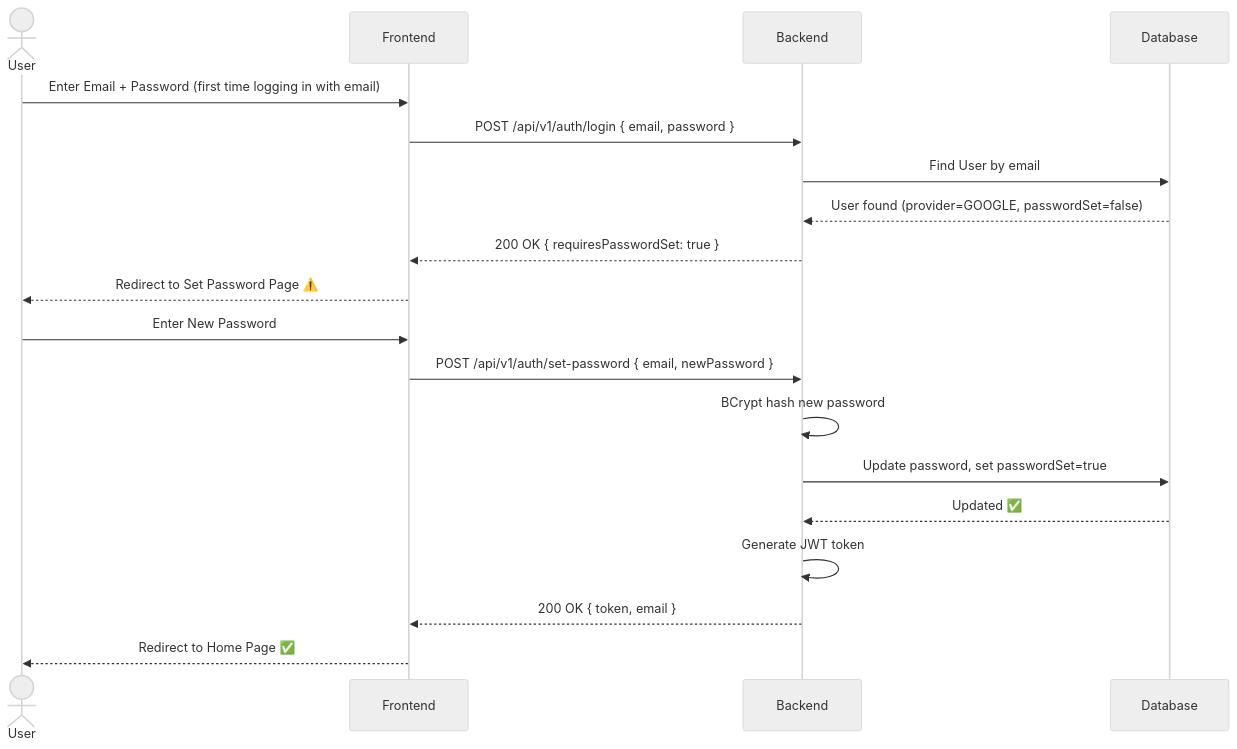
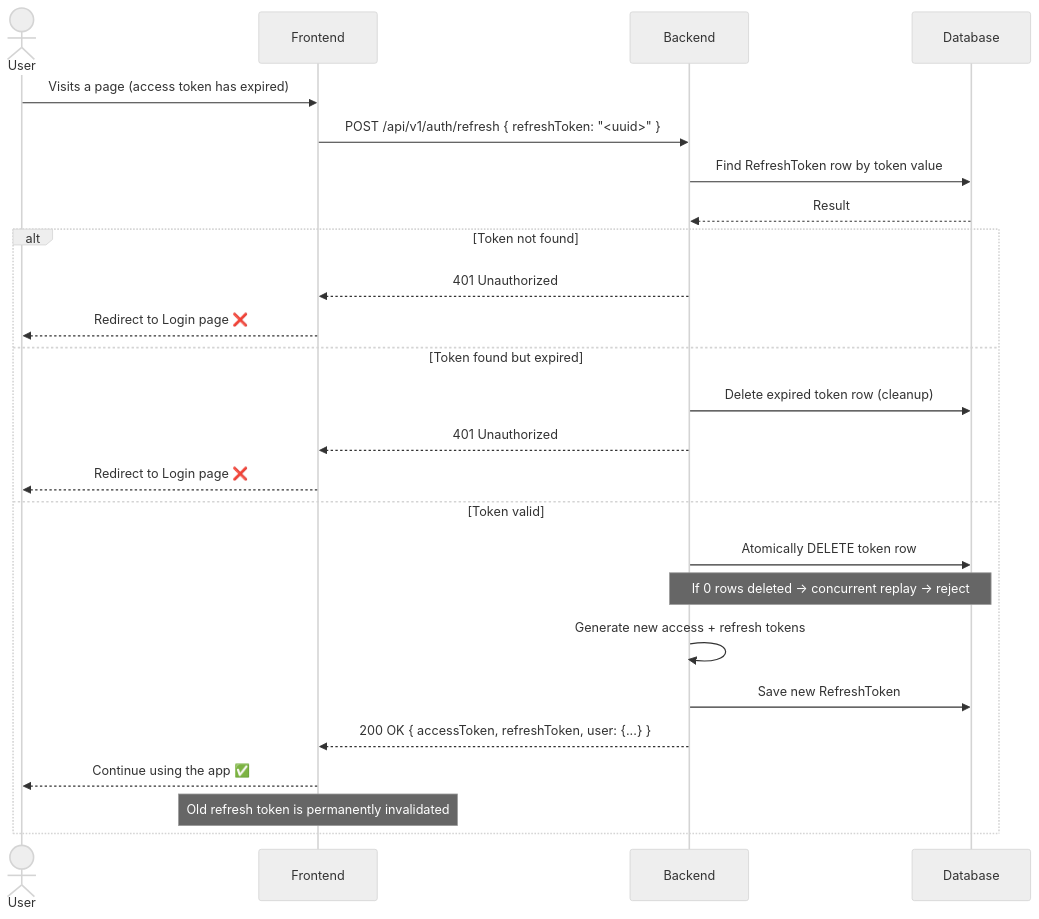
The fifth of 7 diagrams in docs/backend-readme.md (akash-beura/login-system), drawn with Mermaid (neutral theme) before and after one commit. The commit also changed other lines of this file, not shown here.

Commit message:
update backend readme

````diff
--- a/docs/backend-readme.md
+++ b/docs/backend-readme.md
@@ -497,23 +900,30 @@
 ```mermaid
 sequenceDiagram
     actor User
     participant Frontend
     participant Backend
     participant Database
 
-    User->>Frontend: Enter Email + Password (first time logging in with email)
-    Frontend->>Backend: POST /api/v1/auth/login { email, password }
-    Backend->>Database: Find User by email
-    Database-->>Backend: User found (provider=GOOGLE, passwordSet=false)
-    Backend-->>Frontend: 200 OK { requiresPasswordSet: true }
-    Frontend-->>User: Redirect to Set Password Page ⚠️
+    User->>Frontend: Visits a page (access token has expired)
+    Frontend->>Backend: POST /api/v1/auth/refresh { refreshToken: "<uuid>" }
 
-    User->>Frontend: Enter New Password
-    Frontend->>Backend: POST /api/v1/auth/set-password { email, newPassword }
-    Backend->>Backend: BCrypt hash new password
-    Backend->>Database: Update password, set passwordSet=true
-    Database-->>Backend: Updated ✅
-    Backend->>Backend: Generate JWT token
-    Backend-->>Frontend: 200 OK { token, email }
-    Frontend-->>User: Redirect to Home Page ✅
+    Backend->>Database: Find RefreshToken row by token value
+    Database-->>Backend: Result
+
+    alt Token not found
+        Backend-->>Frontend: 401 Unauthorized
+        Frontend-->>User: Redirect to Login page ❌
+    else Token found but expired
+        Backend->>Database: Delete expired token row (cleanup)
+        Backend-->>Frontend: 401 Unauthorized
+        Frontend-->>User: Redirect to Login page ❌
+    else Token valid
+        Backend->>Database: Atomically DELETE token row
+        Note over Backend,Database: If 0 rows deleted → concurrent replay → reject
+        Backend->>Backend: Generate new access + refresh tokens
+        Backend->>Database: Save new RefreshToken
+        Backend-->>Frontend: 200 OK { accessToken, refreshToken, user: {...} }
+        Frontend-->>User: Continue using the app ✅
+        Note over Frontend: Old refresh token is permanently invalidated
+    end
 ```
````
